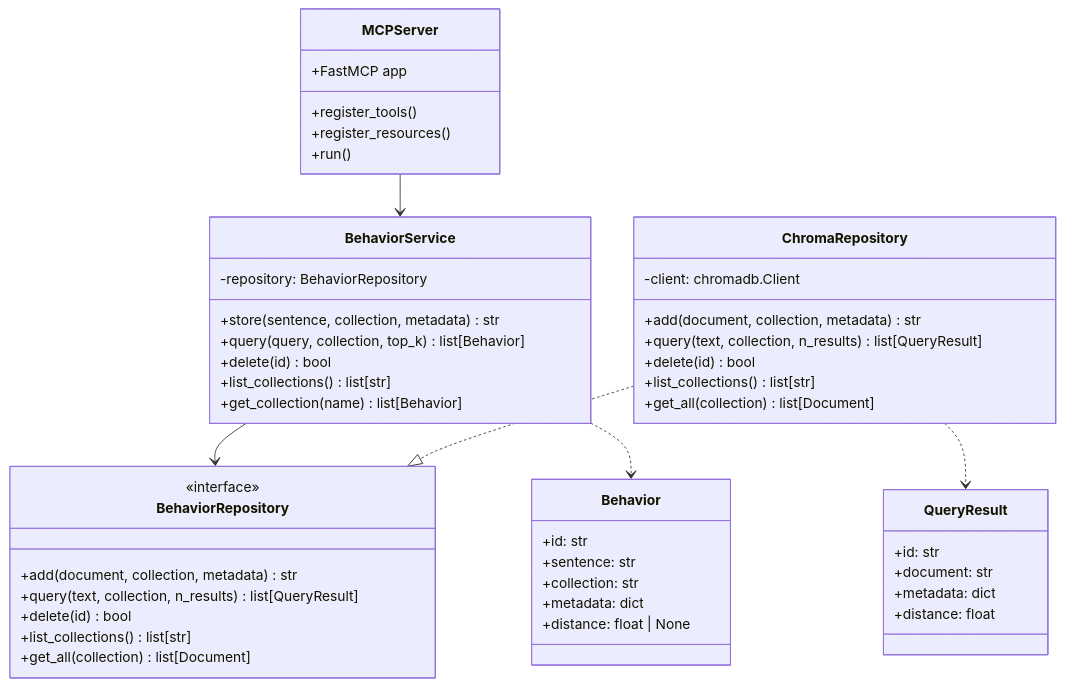
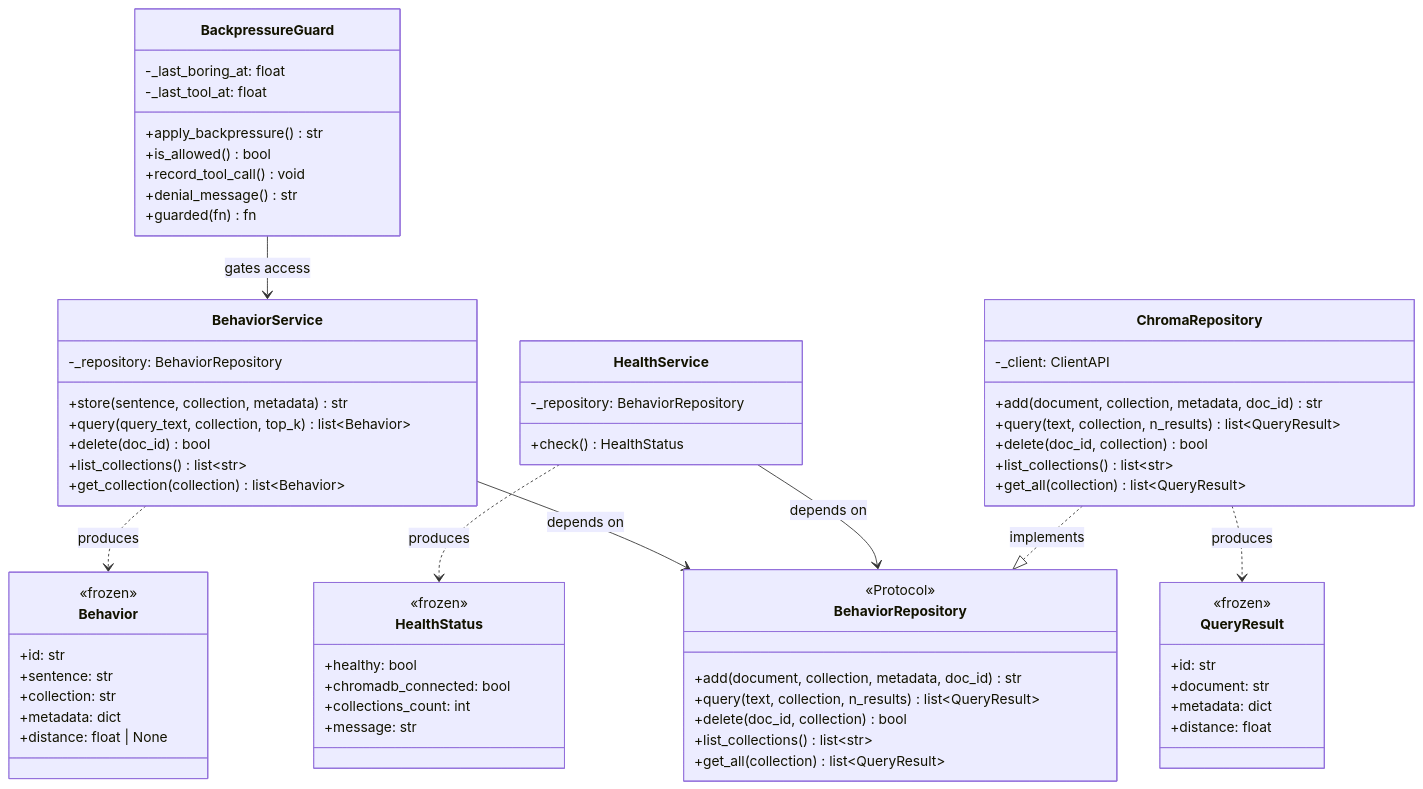
Before and after one commit to Zaexv/boring-mcp: the third of 6 diagrams in ai-docs/architecture.md, drawn with Mermaid. The commit also changed other lines of this file and 21 other files, not shown here.

````diff
--- a/ai-docs/architecture.md
+++ b/ai-docs/architecture.md
@@ -82,57 +110,77 @@
 ```mermaid
 classDiagram
-    class MCPServer {
-        +FastMCP app
-        +register_tools()
-        +register_resources()
-        +run()
+    class BackpressureGuard {
+        -_last_boring_at: float
+        -_last_tool_at: float
+        +apply_backpressure() str
+        +is_allowed() bool
+        +record_tool_call() void
+        +denial_message() str
+        +guarded(fn) fn
     }
 
     class BehaviorService {
-        -repository: BehaviorRepository
+        -_repository: BehaviorRepository
         +store(sentence, collection, metadata) str
-        +query(query, collection, top_k) list[Behavior]
-        +delete(id) bool
-        +list_collections() list[str]
-        +get_collection(name) list[Behavior]
+        +query(query_text, collection, top_k) list~Behavior~
+        +delete(doc_id) bool
+        +list_collections() list~str~
+        +get_collection(collection) list~Behavior~
+    }
+
+    class HealthService {
+        -_repository: BehaviorRepository
+        +check() HealthStatus
     }
 
     class BehaviorRepository {
-        <<interface>>
-        +add(document, collection, metadata) str
-        +query(text, collection, n_results) list[QueryResult]
-        +delete(id) bool
-        +list_collections() list[str]
-        +get_all(collection) list[Document]
+        <<Protocol>>
+        +add(document, collection, metadata, doc_id) str
+        +query(text, collection, n_results) list~QueryResult~
+        +delete(doc_id, collection) bool
+        +list_collections() list~str~
+        +get_all(collection) list~QueryResult~
     }
 
     class ChromaRepository {
-        -client: chromadb.Client
-        +add(document, collection, metadata) str
-        +query(text, collection, n_results) list[QueryResult]
-        +delete(id) bool
-        +list_collections() list[str]
-        +get_all(collection) list[Document]
+        -_client: ClientAPI
+        +add(document, collection, metadata, doc_id) str
+        +query(text, collection, n_results) list~QueryResult~
+        +delete(doc_id, collection) bool
+        +list_collections() list~str~
+        +get_all(collection) list~QueryResult~
     }
 
     class Behavior {
+        <<frozen>>
         +id: str
         +sentence: str
         +collection: str
         +metadata: dict
         +distance: float | None
     }
 
     class QueryResult {
+        <<frozen>>
         +id: str
         +document: str
         +metadata: dict
         +distance: float
     }
 
-    MCPServer --> BehaviorService
-    BehaviorService --> BehaviorRepository
-    ChromaRepository ..|> BehaviorRepository
-    BehaviorService ..> Behavior
-    ChromaRepository ..> QueryResult
+    class HealthStatus {
+        <<frozen>>
+        +healthy: bool
+        +chromadb_connected: bool
+        +collections_count: int
+        +message: str
+    }
+
+    BackpressureGuard --> BehaviorService : gates access
+    BehaviorService --> BehaviorRepository : depends on
+    HealthService --> BehaviorRepository : depends on
+    ChromaRepository ..|> BehaviorRepository : implements
+    BehaviorService ..> Behavior : produces
+    ChromaRepository ..> QueryResult : produces
+    HealthService ..> HealthStatus : produces
 ```
````
